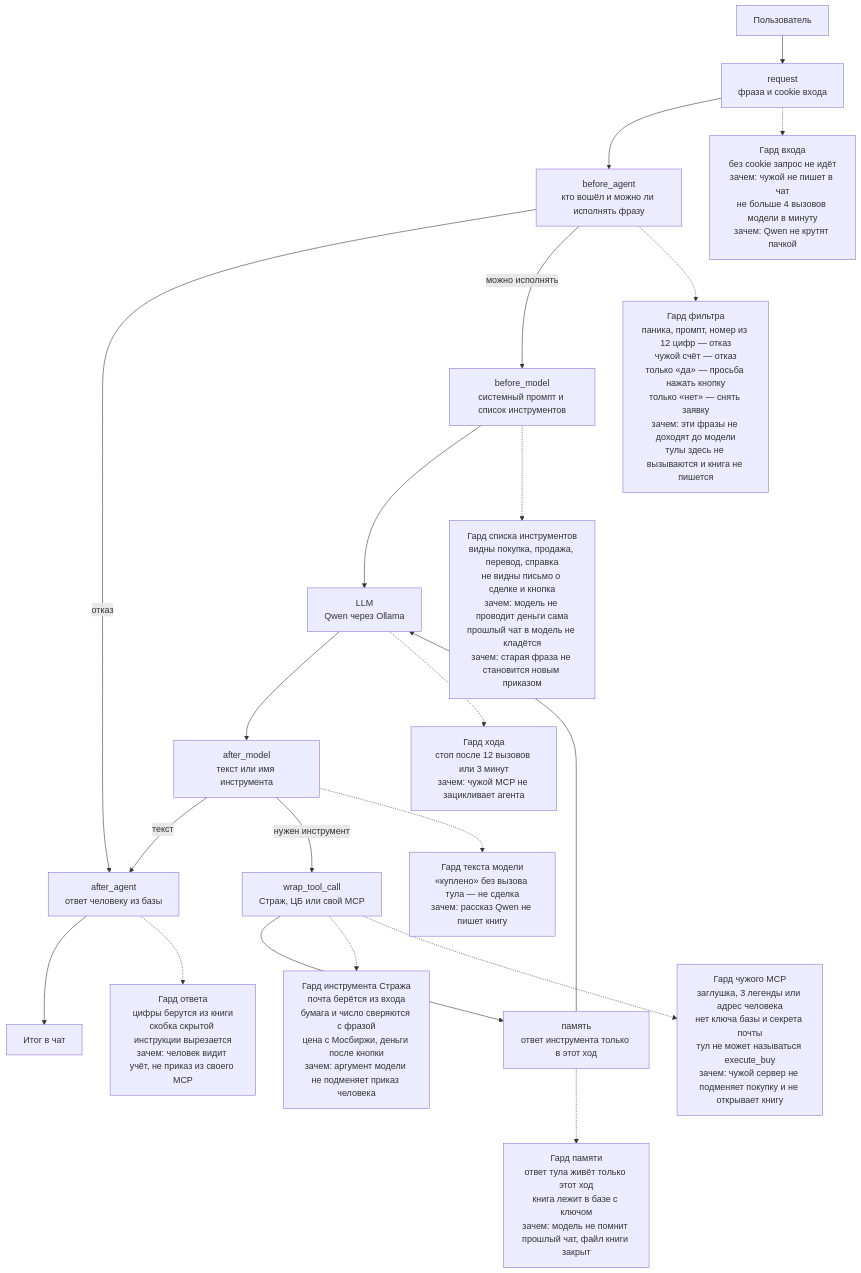
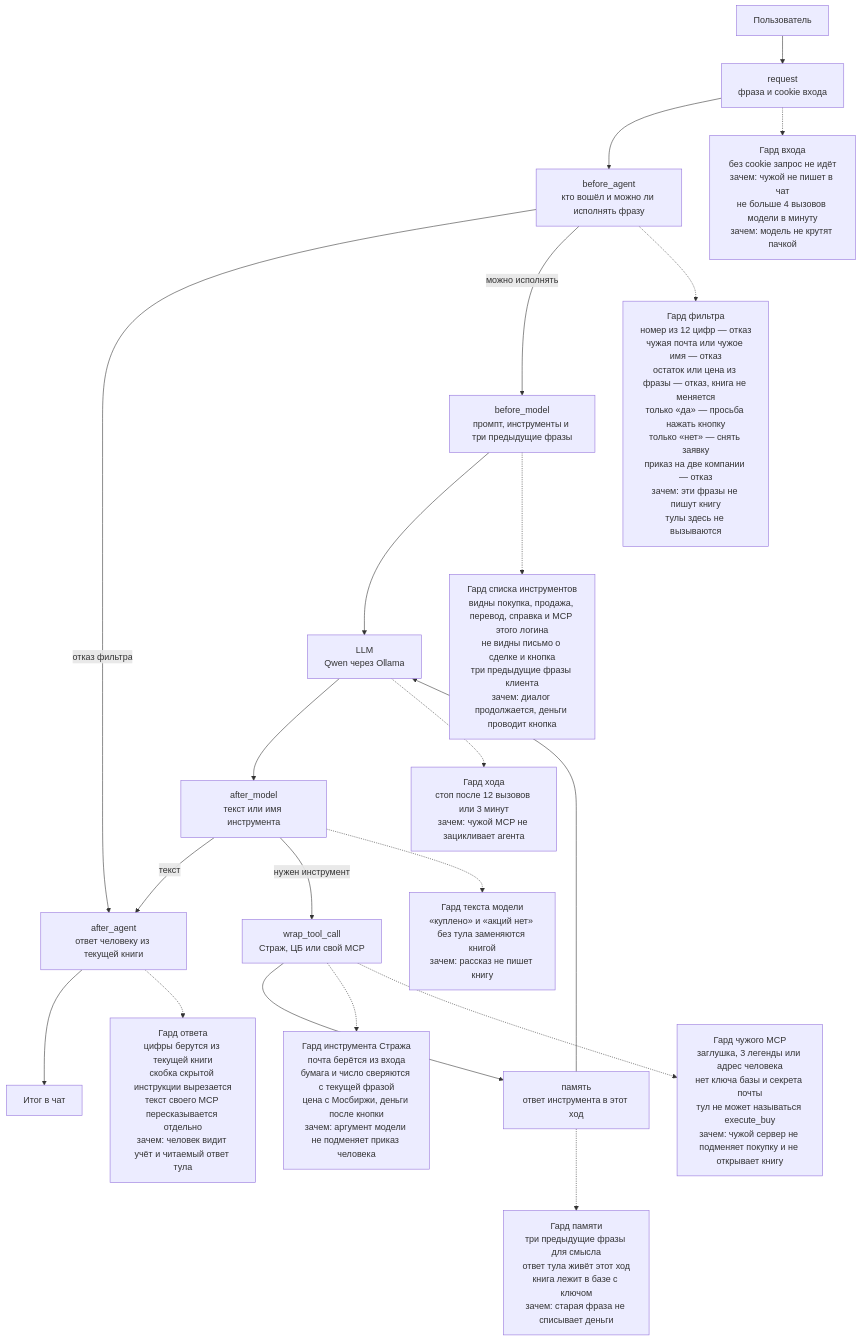
One commit to truchekaterina/mlsecops_agent changed the tenth of 10 diagrams in docs/АРХИТЕКТУРА_КОНВЕЙЕРА.md. Above: the diagram before and after it, drawn with Mermaid. The commit also changed other lines of this file and 30 other files, not shown here.

````diff
--- a/docs/АРХИТЕКТУРА_КОНВЕЙЕРА.md
+++ b/docs/АРХИТЕКТУРА_КОНВЕЙЕРА.md
@@ -357,41 +342,41 @@
 ```mermaid
 flowchart TD
     user[Пользователь]
     req[request<br/>фраза и cookie входа]
     beforeA[before_agent<br/>кто вошёл и можно ли исполнять фразу]
-    beforeM[before_model<br/>системный промпт и список инструментов]
+    beforeM[before_model<br/>промпт, инструменты и три предыдущие фразы]
     llm[LLM<br/>Qwen через Ollama]
     afterM[after_model<br/>текст или имя инструмента]
     wrap[wrap_tool_call<br/>Страж, ЦБ или свой MCP]
-    mem[память<br/>ответ инструмента только в этот ход]
-    afterA[after_agent<br/>ответ человеку из базы]
+    mem[память<br/>ответ инструмента в этот ход]
+    afterA[after_agent<br/>ответ человеку из текущей книги]
     out[Итог в чат]
 
-    gReq["Гард входа<br/>без cookie запрос не идёт<br/>зачем: чужой не пишет в чат<br/>не больше 4 вызовов модели в минуту<br/>зачем: Qwen не крутят пачкой"]
-    gFilter["Гард фильтра<br/>паника, промпт, номер из 12 цифр — отказ<br/>чужой счёт — отказ<br/>только «да» — просьба нажать кнопку<br/>только «нет» — снять заявку<br/>зачем: эти фразы не доходят до модели<br/>тулы здесь не вызываются и книга не пишется"]
-    gList["Гард списка инструментов<br/>видны покупка, продажа, перевод, справка<br/>не видны письмо о сделке и кнопка<br/>зачем: модель не проводит деньги сама<br/>прошлый чат в модель не кладётся<br/>зачем: старая фраза не становится новым приказом"]
+    gReq["Гард входа<br/>без cookie запрос не идёт<br/>зачем: чужой не пишет в чат<br/>не больше 4 вызовов модели в минуту<br/>зачем: модель не крутят пачкой"]
+    gFilter["Гард фильтра<br/>номер из 12 цифр — отказ<br/>чужая почта или чужое имя — отказ<br/>остаток или цена из фразы — отказ, книга не меняется<br/>только «да» — просьба нажать кнопку<br/>только «нет» — снять заявку<br/>приказ на две компании — отказ<br/>зачем: эти фразы не пишут книгу<br/>тулы здесь не вызываются"]
+    gList["Гард списка инструментов<br/>видны покупка, продажа, перевод, справка и MCP этого логина<br/>не видны письмо о сделке и кнопка<br/>три предыдущие фразы клиента<br/>зачем: диалог продолжается, деньги проводит кнопка"]
     gLimit["Гард хода<br/>стоп после 12 вызовов или 3 минут<br/>зачем: чужой MCP не зацикливает агента"]
-    gClaim["Гард текста модели<br/>«куплено» без вызова тула — не сделка<br/>зачем: рассказ Qwen не пишет книгу"]
-    gTool["Гард инструмента Стража<br/>почта берётся из входа<br/>бумага и число сверяются с фразой<br/>цена с Мосбиржи, деньги после кнопки<br/>зачем: аргумент модели не подменяет приказ человека"]
+    gClaim["Гард текста модели<br/>«куплено» и «акций нет» без тула заменяются книгой<br/>зачем: рассказ не пишет книгу"]
+    gTool["Гард инструмента Стража<br/>почта берётся из входа<br/>бумага и число сверяются с текущей фразой<br/>цена с Мосбиржи, деньги после кнопки<br/>зачем: аргумент модели не подменяет приказ человека"]
     gMcp["Гард чужого MCP<br/>заглушка, 3 легенды или адрес человека<br/>нет ключа базы и секрета почты<br/>тул не может называться execute_buy<br/>зачем: чужой сервер не подменяет покупку и не открывает книгу"]
-    gMem["Гард памяти<br/>ответ тула живёт только этот ход<br/>книга лежит в базе с ключом<br/>зачем: модель не помнит прошлый чат, файл книги закрыт"]
-    gReply["Гард ответа<br/>цифры берутся из книги<br/>скобка скрытой инструкции вырезается<br/>зачем: человек видит учёт, не приказ из своего MCP"]
+    gMem["Гард памяти<br/>три предыдущие фразы для смысла<br/>ответ тула живёт этот ход<br/>книга лежит в базе с ключом<br/>зачем: старая фраза не списывает деньги"]
+    gReply["Гард ответа<br/>цифры берутся из текущей книги<br/>скобка скрытой инструкции вырезается<br/>текст своего MCP пересказывается отдельно<br/>зачем: человек видит учёт и читаемый ответ тула"]
 
     user --> req --> beforeA
-    beforeA -->|отказ| afterA
+    beforeA -->|отказ фильтра| afterA
     beforeA -->|можно исполнять| beforeM
     beforeM --> llm --> afterM
     afterM -->|текст| afterA
     afterM -->|нужен инструмент| wrap --> mem --> llm
     afterA --> out
 
     req -.-> gReq
     beforeA -.-> gFilter
     beforeM -.-> gList
     llm -.-> gLimit
     afterM -.-> gClaim
     wrap -.-> gTool
     wrap -.-> gMcp
     mem -.-> gMem
     afterA -.-> gReply
 ```
````
